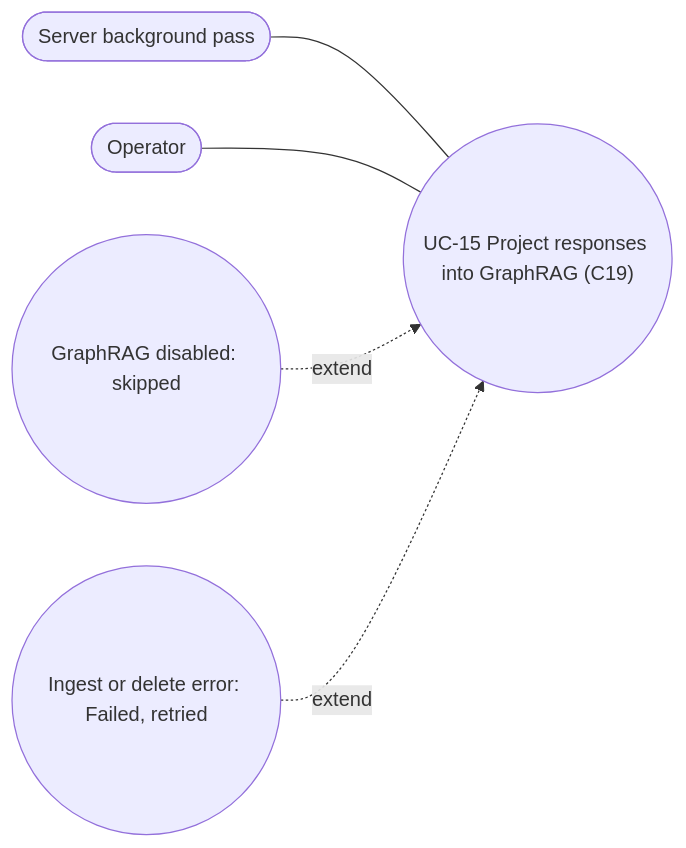
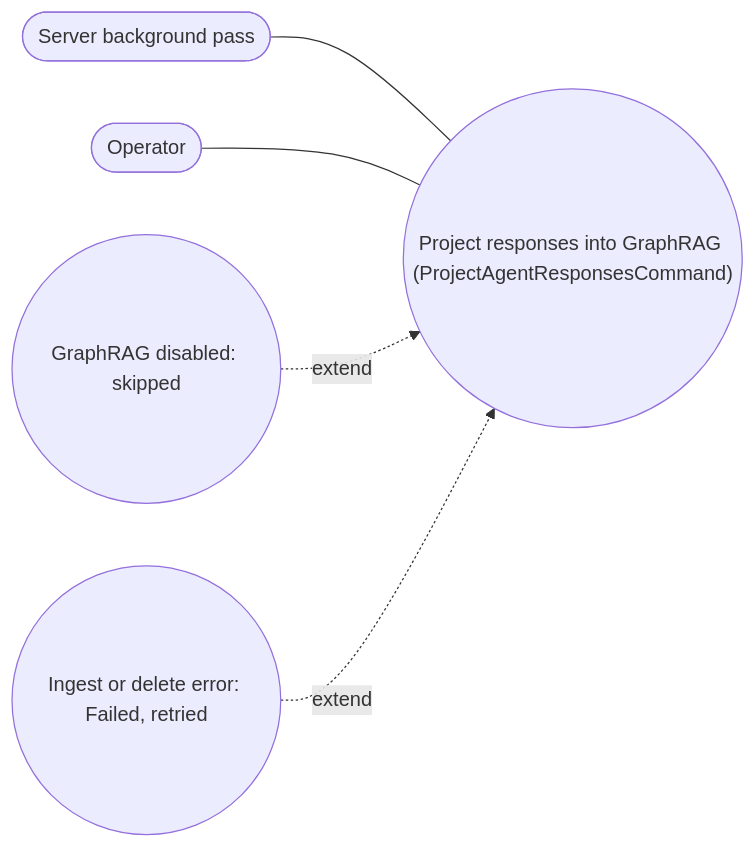
Diagram 55 of 59 in docs/Stateless-Agent-Context-Management.md (sharpninja/McpServer), drawn with Mermaid before and after one commit. The commit also changed other lines of this file, not shown here.

First line of the commit message:
docs: update stateless agent context for the PowerShell-only plugin core

````diff
--- a/docs/Stateless-Agent-Context-Management.md
+++ b/docs/Stateless-Agent-Context-Management.md
@@ -1508,7 +1732,7 @@
 ```mermaid
 flowchart LR
-    SV(["Server background pass"]) --- U(("UC-15 Project responses into GraphRAG (C19)"))
+    SV(["Server background pass"]) --- U(("Project responses into GraphRAG (ProjectAgentResponsesCommand)"))
     OP(["Operator"]) --- U
     E1(("GraphRAG disabled: skipped")) -. extend .-> U
     E2(("Ingest or delete error: Failed, retried")) -. extend .-> U
 ```
````
